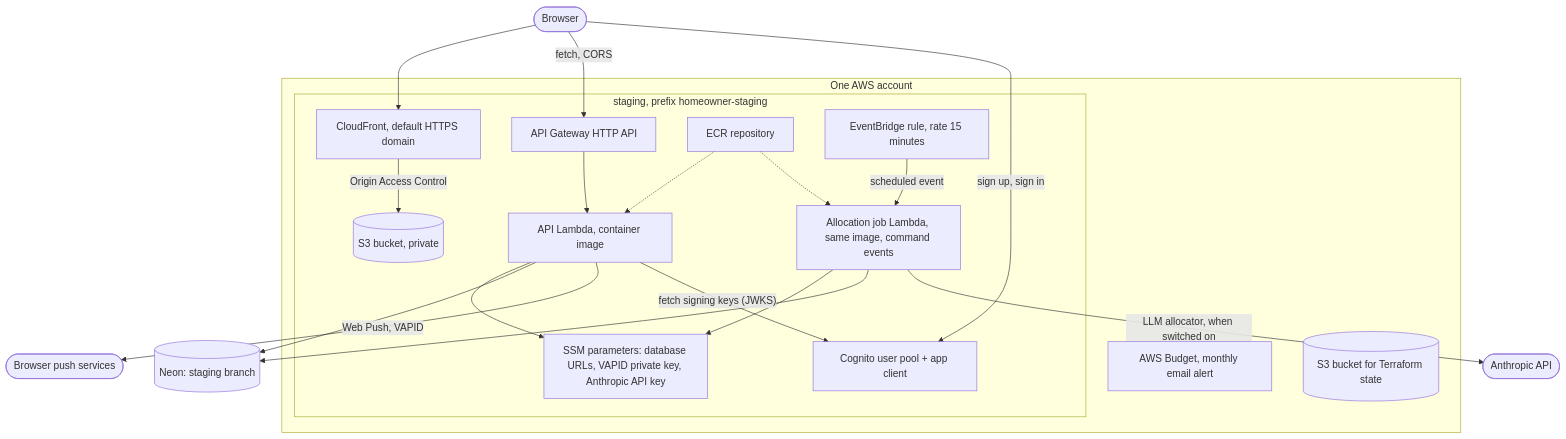
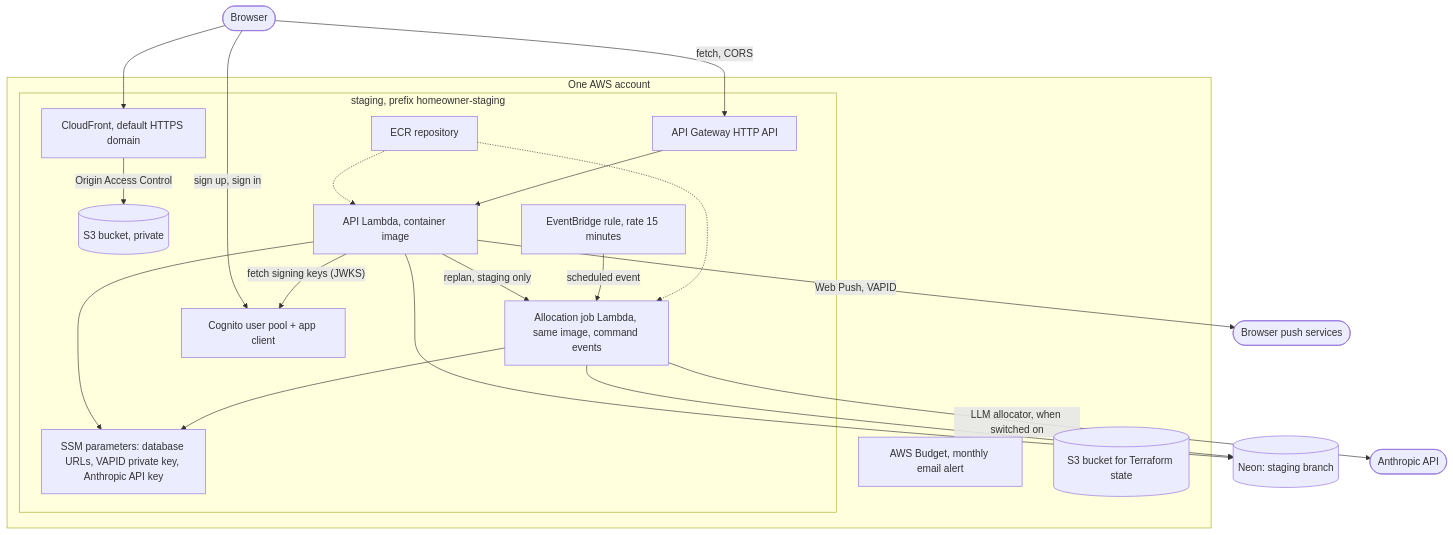
One commit to AbnerWillclefy/Homeowner changed the second of 4 diagrams in docs/architecture/infrastructure.md. Above: the diagram before and after it, drawn with Mermaid. The commit also changed other lines of this file, not shown here.

Commit message:
docs(infra): describe the staging replan wiring

````diff
--- a/docs/architecture/infrastructure.md
+++ b/docs/architecture/infrastructure.md
@@ -43,35 +43,36 @@
 ```mermaid
 flowchart TB
     user(["Browser"])
     subgraph aws["One AWS account"]
       subgraph stg["staging, prefix homeowner-staging"]
         cf["CloudFront, default HTTPS domain"]
         s3[("S3 bucket, private")]
         apigw["API Gateway HTTP API"]
         fn["API Lambda, container image"]
         ecr["ECR repository"]
         ssm["SSM parameters: database URLs, VAPID private key, Anthropic API key"]
         eb["EventBridge rule, rate 15 minutes"]
         alloc["Allocation job Lambda, same image, command events"]
         cog["Cognito user pool + app client"]
       end
       bud["AWS Budget, monthly email alert"]
       tf[("S3 bucket for Terraform state")]
     end
     neon[("Neon: staging branch")]
     user --> cf
     cf -- "Origin Access Control" --> s3
     user -- "fetch, CORS" --> apigw
     apigw --> fn
     ecr -.-> fn
     ecr -.-> alloc
     eb -- "scheduled event" --> alloc
     alloc --> ssm
     alloc --> neon
     alloc -- "LLM allocator, when switched on" --> anthropic(["Anthropic API"])
+    fn -- "replan, staging only" --> alloc
     fn --> ssm
     fn --> neon
     fn -- "Web Push, VAPID" --> push(["Browser push services"])
     fn -- "fetch signing keys (JWKS)" --> cog
     user -- "sign up, sign in" --> cog
 ```
````
